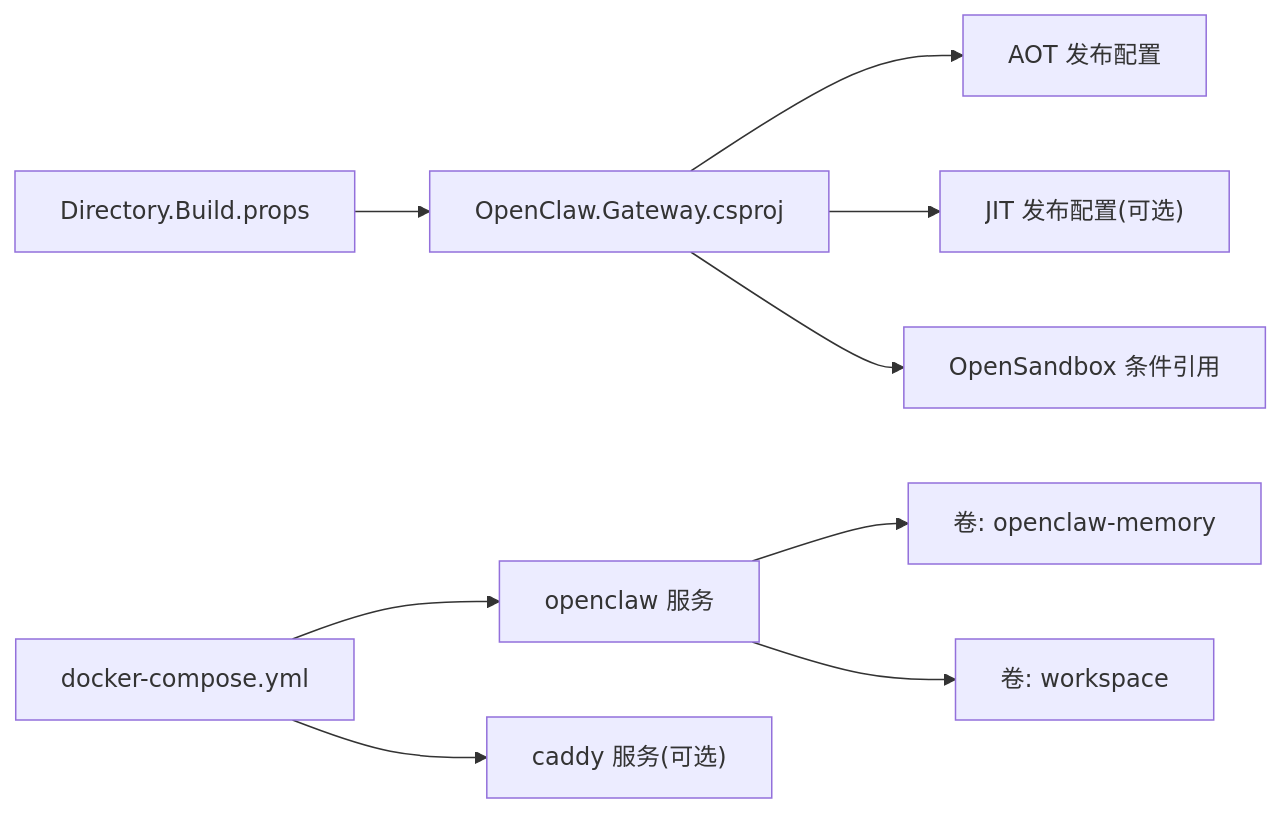
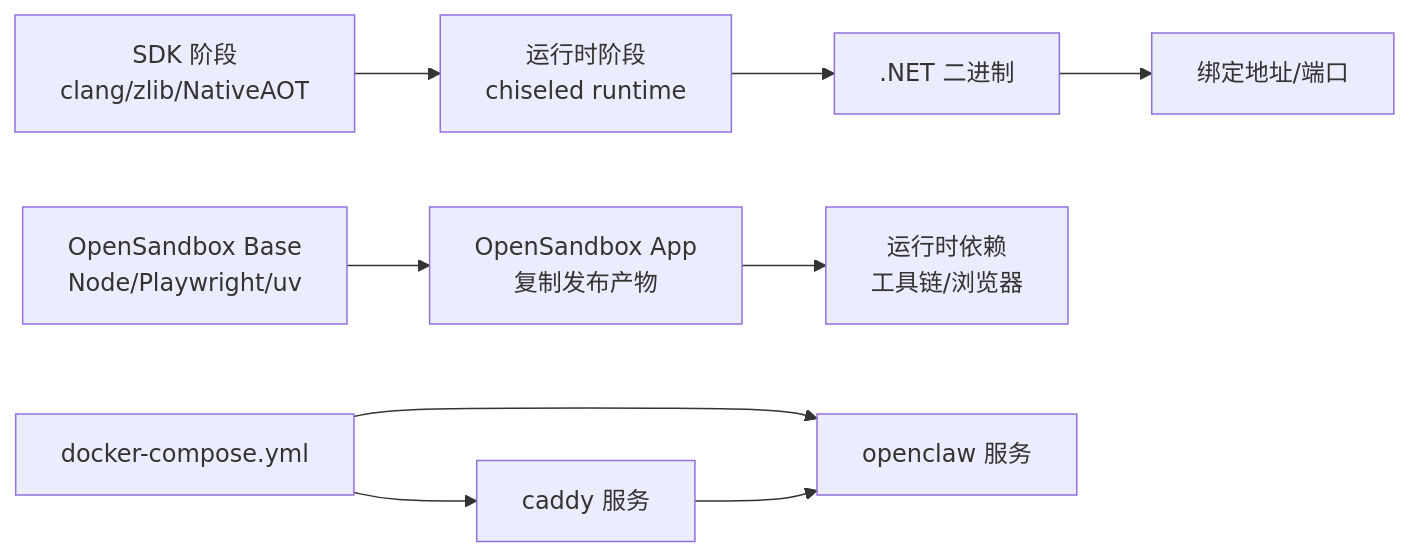
Before and after one commit to wayyet/kingcrab: the sixth of 6 diagrams in .qoder/repowiki/zh/content/部署指南/Docker 部署.md, drawn with Mermaid. The commit also changed other lines of this file and 173 other files, not shown here.

````diff
--- a/.qoder/repowiki/zh/content/部署指南/Docker 部署.md
+++ b/.qoder/repowiki/zh/content/部署指南/Docker 部署.md
@@ -249,11 +292,11 @@
 ```mermaid
 graph LR
-Props["Directory.Build.props"] --> GWProj["OpenClaw.Gateway.csproj"]
-GWProj --> AOT["AOT 发布配置"]
-GWProj --> JIT["JIT 发布配置(可选)"]
-GWProj --> Sandbox["OpenSandbox 条件引用"]
-DCYML["docker-compose.yml"] --> Openclaw["openclaw 服务"]
-DCYML --> Caddy["caddy 服务(可选)"]
-Openclaw --> VolMem["卷: openclaw-memory"]
-Openclaw --> VolWS["卷: workspace"]
+SDK["SDK 阶段<br/>clang/zlib/NativeAOT"] --> RT["运行时阶段<br/>chiseled runtime"]
+RT --> BIN[".NET 二进制"]
+BIN --> LISTEN["绑定地址/端口"]
+OSBase["OpenSandbox Base<br/>Node/Playwright/uv"] --> OSApp["OpenSandbox App<br/>复制发布产物"]
+OSApp --> OSRun["运行时依赖<br/>工具链/浏览器"]
+Compose["docker-compose.yml"] --> OC["openclaw 服务"]
+Compose --> CD["caddy 服务"]
+CD --> OC
 ```
````
